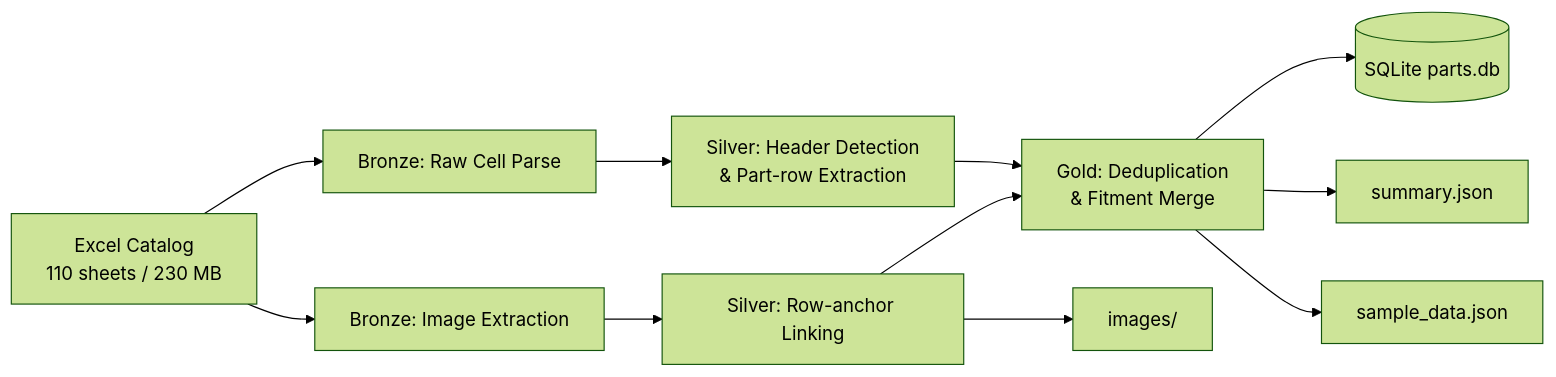
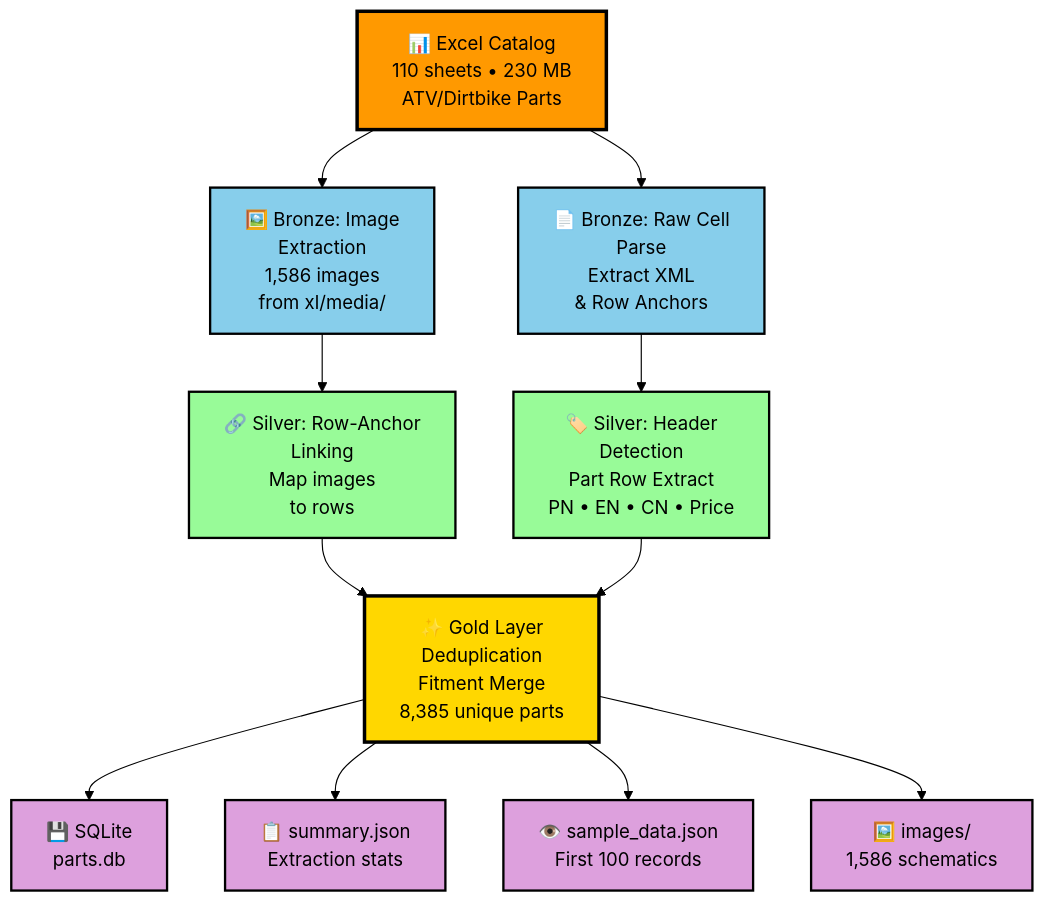
Before and after one commit to willtran112358/inventoryflow-poc: the diagram in README.md, drawn with Mermaid (forest theme).

Commit message:
docs: Enhance Mermaid diagram with color coding, styling, and improved layout

````diff
--- a/README.md
+++ b/README.md
@@ -13,13 +13,29 @@
 ```mermaid
-flowchart LR
-    A[Excel Catalog<br/>110 sheets / 230 MB] --> B[Bronze: Image Extraction]
-    A --> C[Bronze: Raw Cell Parse]
-    B --> D[Silver: Row-anchor Linking]
-    C --> E[Silver: Header Detection<br/>& Part-row Extraction]
-    D --> F[Gold: Deduplication<br/>& Fitment Merge]
+flowchart TD
+    A["📊 Excel Catalog<br/>110 sheets • 230 MB<br/>ATV/Dirtbike Parts"]
+    
+    A --> B["🖼️ Bronze: Image<br/>Extraction<br/>1,586 images<br/>from xl/media/"]
+    A --> C["📄 Bronze: Raw Cell<br/>Parse<br/>Extract XML<br/>& Row Anchors"]
+    
+    B --> D["🔗 Silver: Row-Anchor<br/>Linking<br/>Map images<br/>to rows"]
+    C --> E["🏷️ Silver: Header<br/>Detection<br/>Part Row Extract<br/>PN • EN • CN • Price"]
+    
+    D --> F["✨ Gold Layer<br/>Deduplication<br/>Fitment Merge<br/>8,385 unique parts"]
     E --> F
-    F --> G[(SQLite parts.db)]
-    F --> H[summary.json]
-    F --> I[sample_data.json]
-    D --> J[images/]
+    
+    F --> G["💾 SQLite<br/>parts.db"]
+    F --> H["📋 summary.json<br/>Extraction stats"]
+    F --> I["👁️ sample_data.json<br/>First 100 records"]
+    F --> J["🖼️ images/<br/>1,586 schematics"]
+    
+    style A fill:#ff9900,stroke:#000,color:#000,stroke-width:3px
+    style B fill:#87ceeb,stroke:#000,color:#000,stroke-width:2px
+    style C fill:#87ceeb,stroke:#000,color:#000,stroke-width:2px
+    style D fill:#98fb98,stroke:#000,color:#000,stroke-width:2px
+    style E fill:#98fb98,stroke:#000,color:#000,stroke-width:2px
+    style F fill:#ffd700,stroke:#000,color:#000,stroke-width:3px
+    style G fill:#dda0dd,stroke:#000,color:#000,stroke-width:2px
+    style H fill:#dda0dd,stroke:#000,color:#000,stroke-width:2px
+    style I fill:#dda0dd,stroke:#000,color:#000,stroke-width:2px
+    style J fill:#dda0dd,stroke:#000,color:#000,stroke-width:2px
 ```
````
